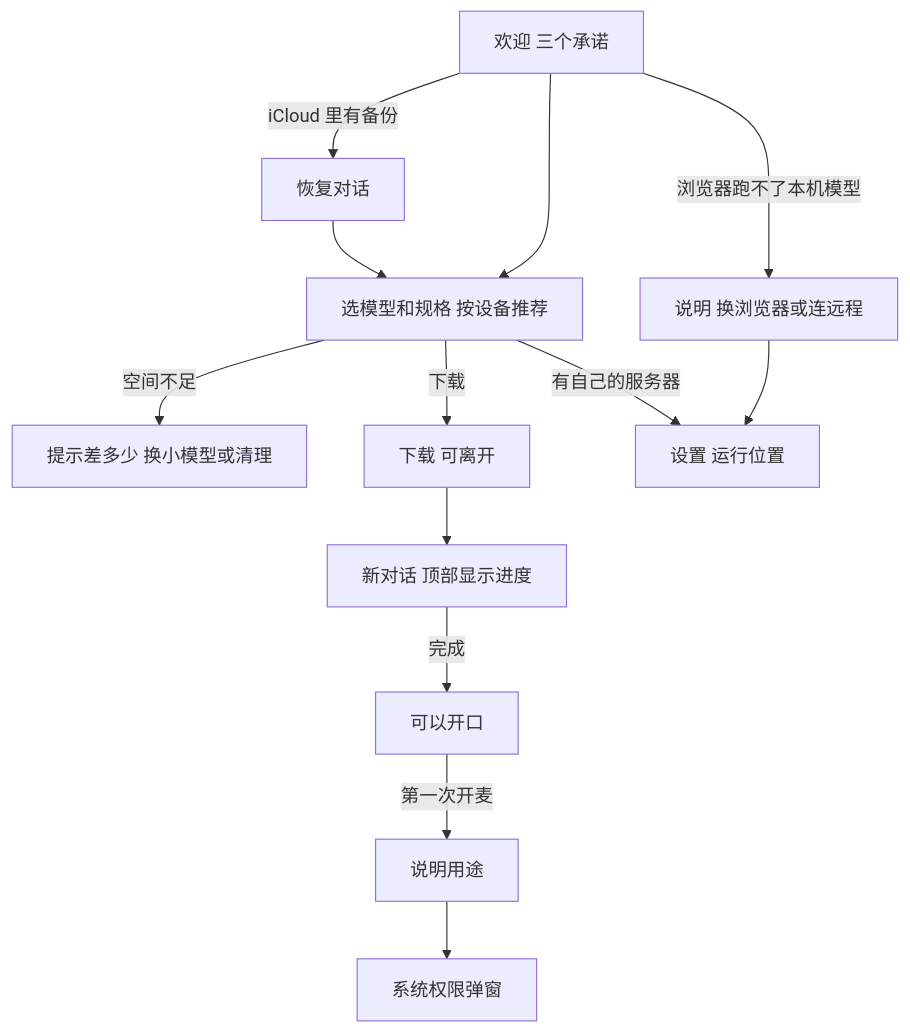
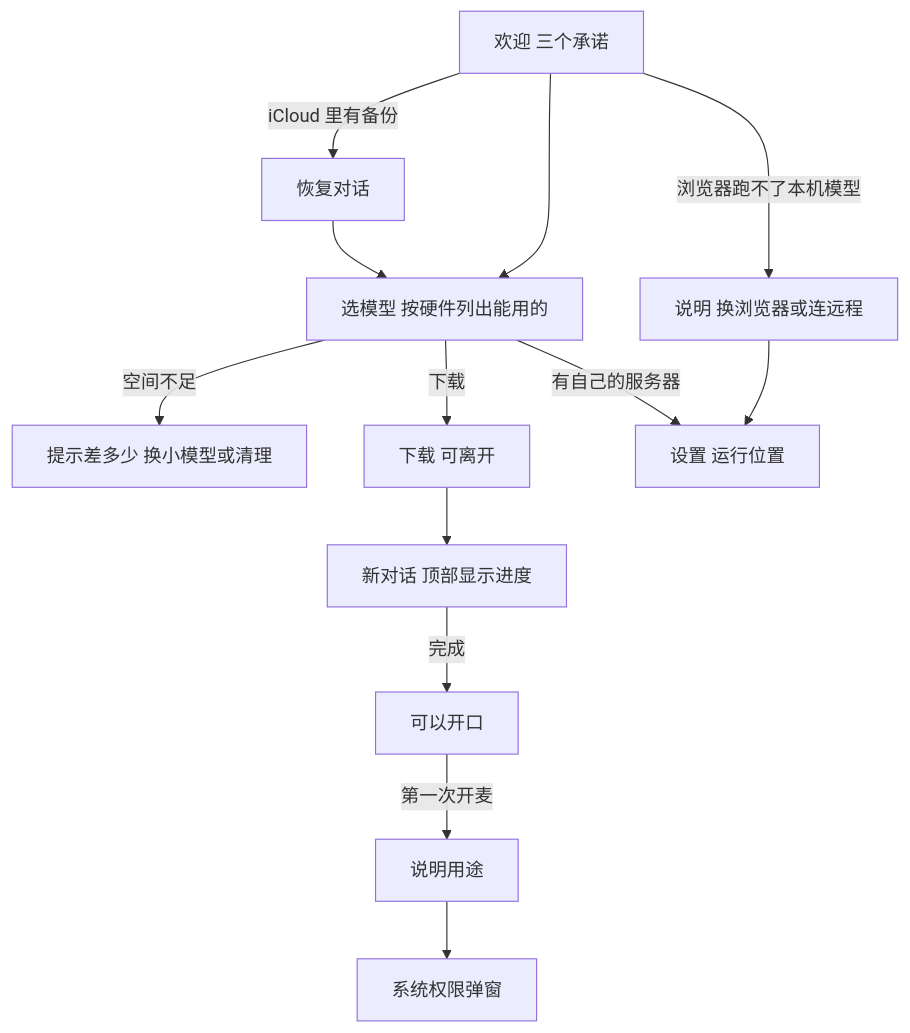
The third of 3 diagrams in docs/03-structure.md (IceblueSakura/minicpm-design), drawn with Mermaid before and after one commit. The commit also changed other lines of this file and 13 other files, not shown here.

````diff
--- a/docs/03-structure.md
+++ b/docs/03-structure.md
@@ -210,12 +258,12 @@
 ```mermaid
 flowchart TD
   A[欢迎 三个承诺] -->|iCloud 里有备份| A2[恢复对话] --> B
-  A --> B[选模型和规格 按设备推荐]
+  A --> B[选模型 按硬件列出能用的]
   B -->|空间不足| B2[提示差多少 换小模型或清理]
   B -->|下载| C[下载 可离开]
   B -->|有自己的服务器| R[设置 运行位置]
   A -->|浏览器跑不了本机模型| B3[说明 换浏览器或连远程] --> R
   C --> D[新对话 顶部显示进度]
   D -->|完成| E[可以开口]
   E -->|第一次开麦| F[说明用途] --> G[系统权限弹窗]
 ```
````
